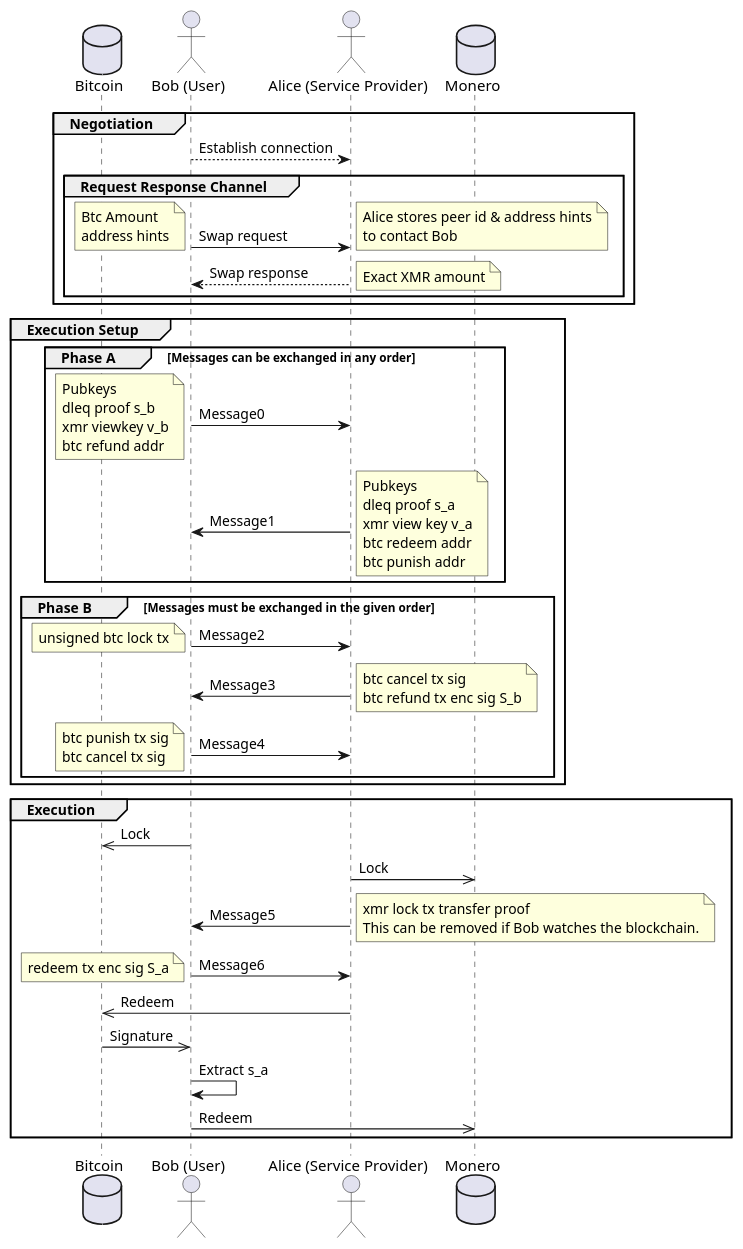
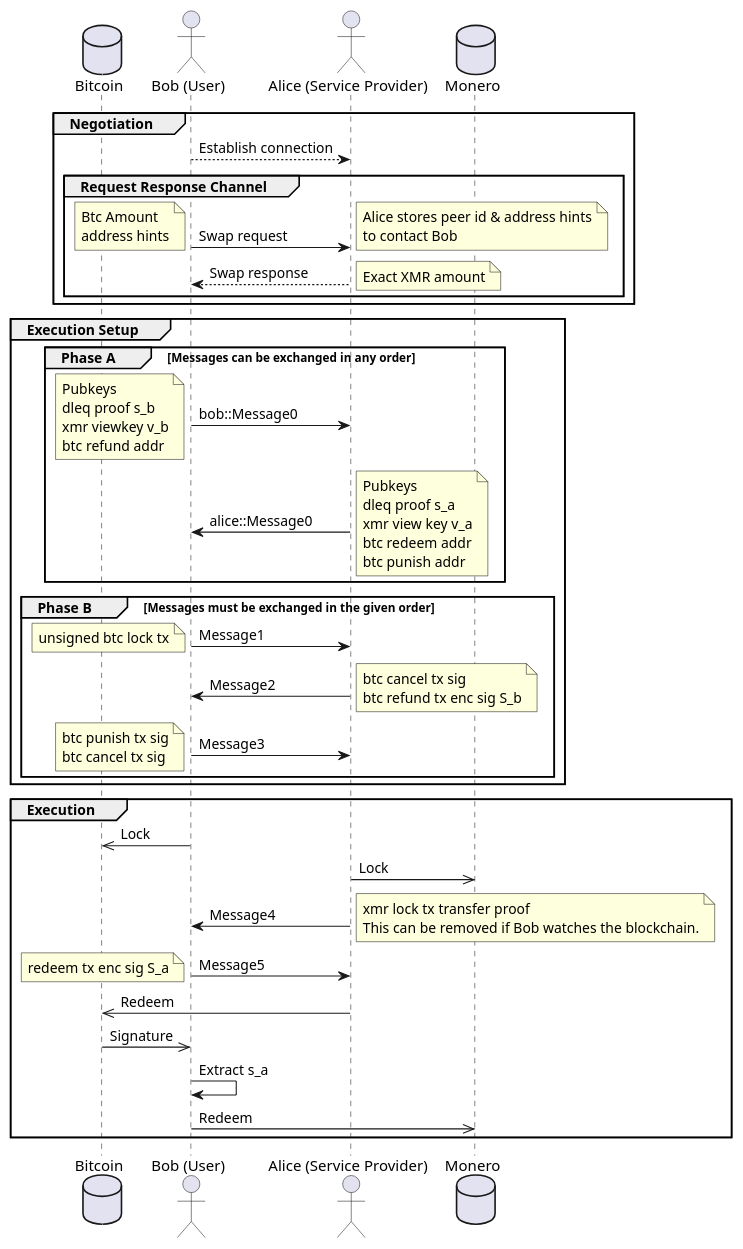
One commit to comit-network/xmr-btc-swap changed the diagram in docs/sequence.puml. Above: the diagram before and after it, drawn with PlantUML.

Commit message:
In phase A, message can be send simultaneously so calling them both 0.

```diff
--- a/docs/sequence.puml
+++ b/docs/sequence.puml
@@ -1,64 +1,64 @@
 @startuml
 database Bitcoin
 actor Bob as "Bob (User)"
 Actor Alice as "Alice (Service Provider)"
 database Monero
 
 group Negotiation
 
     Bob --> Alice: Establish connection
 
     group Request Response Channel
         Bob -> Alice: Swap request
         note left: Btc Amount\naddress hints
         note right: Alice stores peer id & address hints\nto contact Bob
 
         Alice --> Bob: Swap response
         note right: Exact XMR amount
     end
 end
 
 group Execution Setup
     group Phase A [Messages can be exchanged in any order]
-        Bob -> Alice: Message0
+        Bob -> Alice: bob::Message0
         note left: Pubkeys\ndleq proof s_b\nxmr viewkey v_b\nbtc refund addr
 
-        Alice -> Bob: Message1
+        Alice -> Bob: alice::Message0
         note right: Pubkeys\ndleq proof s_a\nxmr view key v_a\nbtc redeem addr\nbtc punish addr
     end
 
     group Phase B [Messages must be exchanged in the given order]
 
-        Bob -> Alice: Message2
+        Bob -> Alice: Message1
         note left: unsigned btc lock tx
 
-        Alice -> Bob: Message3
+        Alice -> Bob: Message2
         note right: btc cancel tx sig\nbtc refund tx enc sig S_b
 
-        Bob -> Alice: Message4
+        Bob -> Alice: Message3
         note left: btc punish tx sig\nbtc cancel tx sig
 
     end
 end
 
 group Execution
     Bob ->> Bitcoin: Lock
 
     Alice ->> Monero: Lock
 
-    Alice -> Bob: Message5
+    Alice -> Bob: Message4
     note right: xmr lock tx transfer proof\nThis can be removed if Bob watches the blockchain.
 
-    Bob -> Alice: Message6
+    Bob -> Alice: Message5
     note left: redeem tx enc sig S_a
 
     Alice ->> Bitcoin: Redeem
 
     Bitcoin ->> Bob: Signature
 
     Bob -> Bob: Extract s_a
 
     Bob ->> Monero: Redeem
 end
 
 @enduml
```
